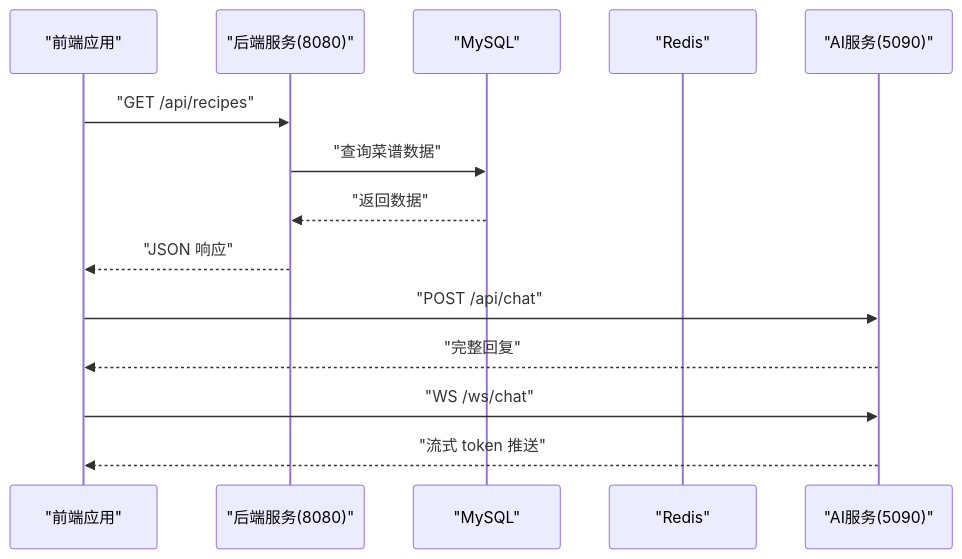
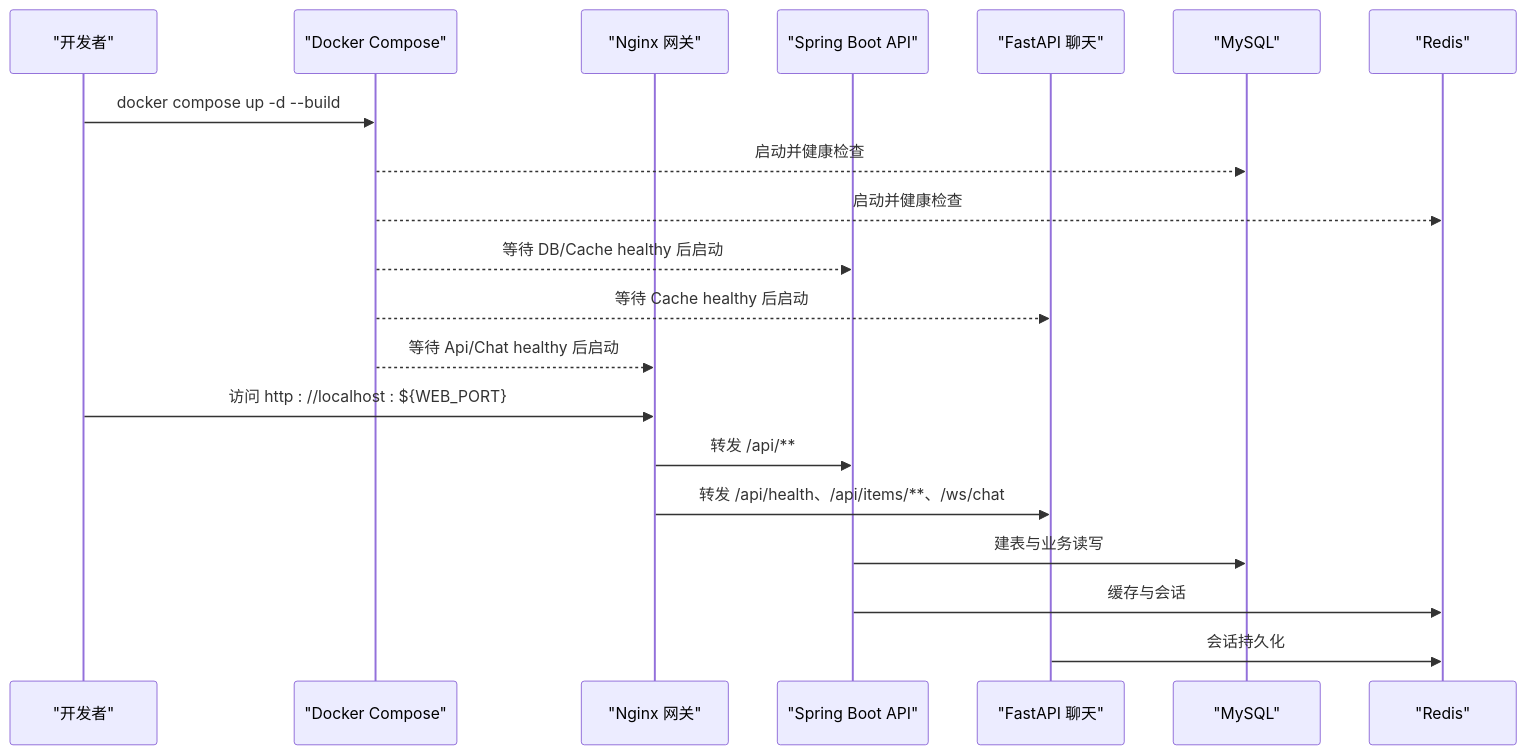
One commit to good-zheng/po changed the second of 3 diagrams in .qoder/repowiki/zh/content/快速开始.md. Above: the diagram before and after it, drawn with Mermaid. The commit also changed other lines of this file and 217 other files, not shown here.

````diff
--- a/.qoder/repowiki/zh/content/快速开始.md
+++ b/.qoder/repowiki/zh/content/快速开始.md
@@ -176,16 +73,22 @@
 ```mermaid
 sequenceDiagram
-participant FE as "前端应用"
-participant BE as "后端服务(8080)"
+participant Dev as "开发者"
+participant Compose as "Docker Compose"
+participant Web as "Nginx 网关"
+participant Api as "Spring Boot API"
+participant Chat as "FastAPI 聊天"
 participant DB as "MySQL"
-participant REDIS as "Redis"
-participant AI as "AI服务(5090)"
-FE->>BE : "GET /api/recipes"
-BE->>DB : "查询菜谱数据"
-DB-->>BE : "返回数据"
-BE-->>FE : "JSON 响应"
-FE->>AI : "POST /api/chat"
-AI-->>FE : "完整回复"
-FE->>AI : "WS /ws/chat"
-AI-->>FE : "流式 token 推送"
+participant Cache as "Redis"
+Dev->>Compose : docker compose up -d --build
+Compose-->>DB : 启动并健康检查
+Compose-->>Cache : 启动并健康检查
+Compose-->>Api : 等待 DB/Cache healthy 后启动
+Compose-->>Chat : 等待 Cache healthy 后启动
+Compose-->>Web : 等待 Api/Chat healthy 后启动
+Dev->>Web : 访问 http : //localhost : ${WEB_PORT}
+Web->>Api : 转发 /api/**
+Web->>Chat : 转发 /api/health、/api/items/**、/ws/chat
+Api->>DB : 建表与业务读写
+Api->>Cache : 缓存与会话
+Chat->>Cache : 会话持久化
 ```
````
